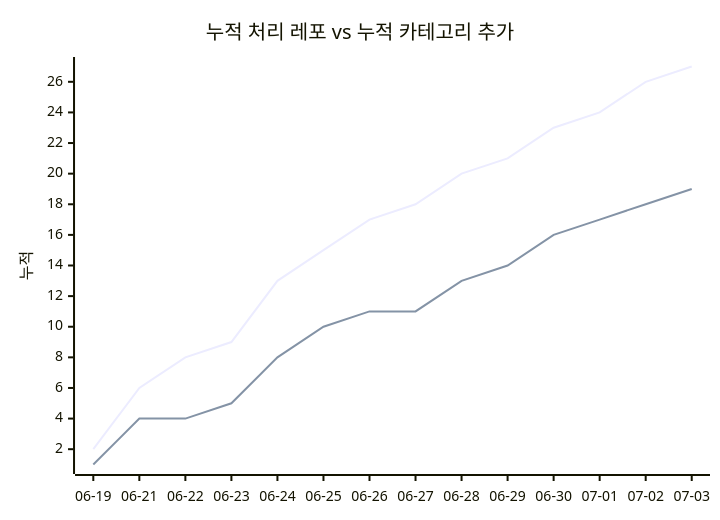
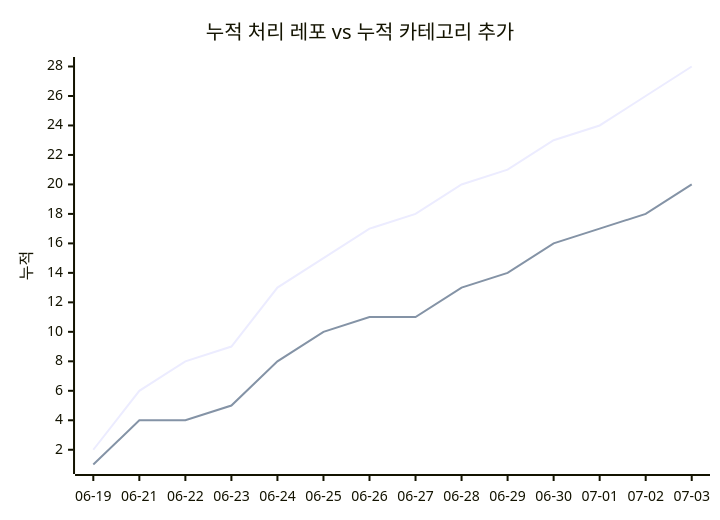
The second of 2 diagrams in docs/trends.md (J-nowcow/awesome-korean-agent-skills), drawn with Mermaid before and after one commit. The commit also changed other lines of this file and 3 other files, not shown here.

````diff
--- a/docs/trends.md
+++ b/docs/trends.md
@@ -68,8 +68,8 @@
 ```mermaid
 xychart-beta
     title "누적 처리 레포 vs 누적 카테고리 추가"
     x-axis ["06-19","06-21","06-22","06-23","06-24","06-25","06-26","06-27","06-28","06-29","06-30","07-01","07-02","07-03"]
     y-axis "누적"
-    line [2,6,8,9,13,15,17,18,20,21,23,24,26,27]
-    line [1,4,4,5,8,10,11,11,13,14,16,17,18,19]
+    line [2,6,8,9,13,15,17,18,20,21,23,24,26,28]
+    line [1,4,4,5,8,10,11,11,13,14,16,17,18,20]
 ```
````
